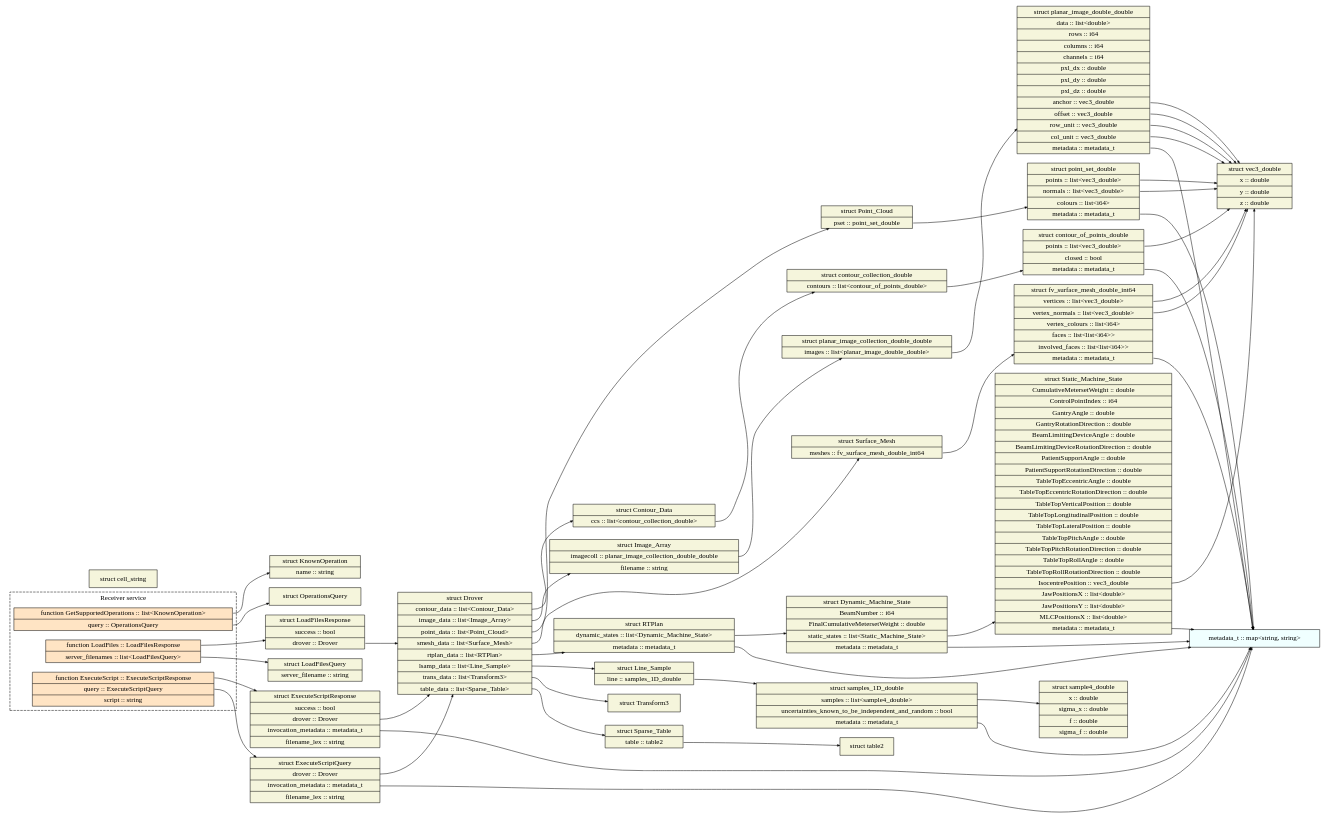
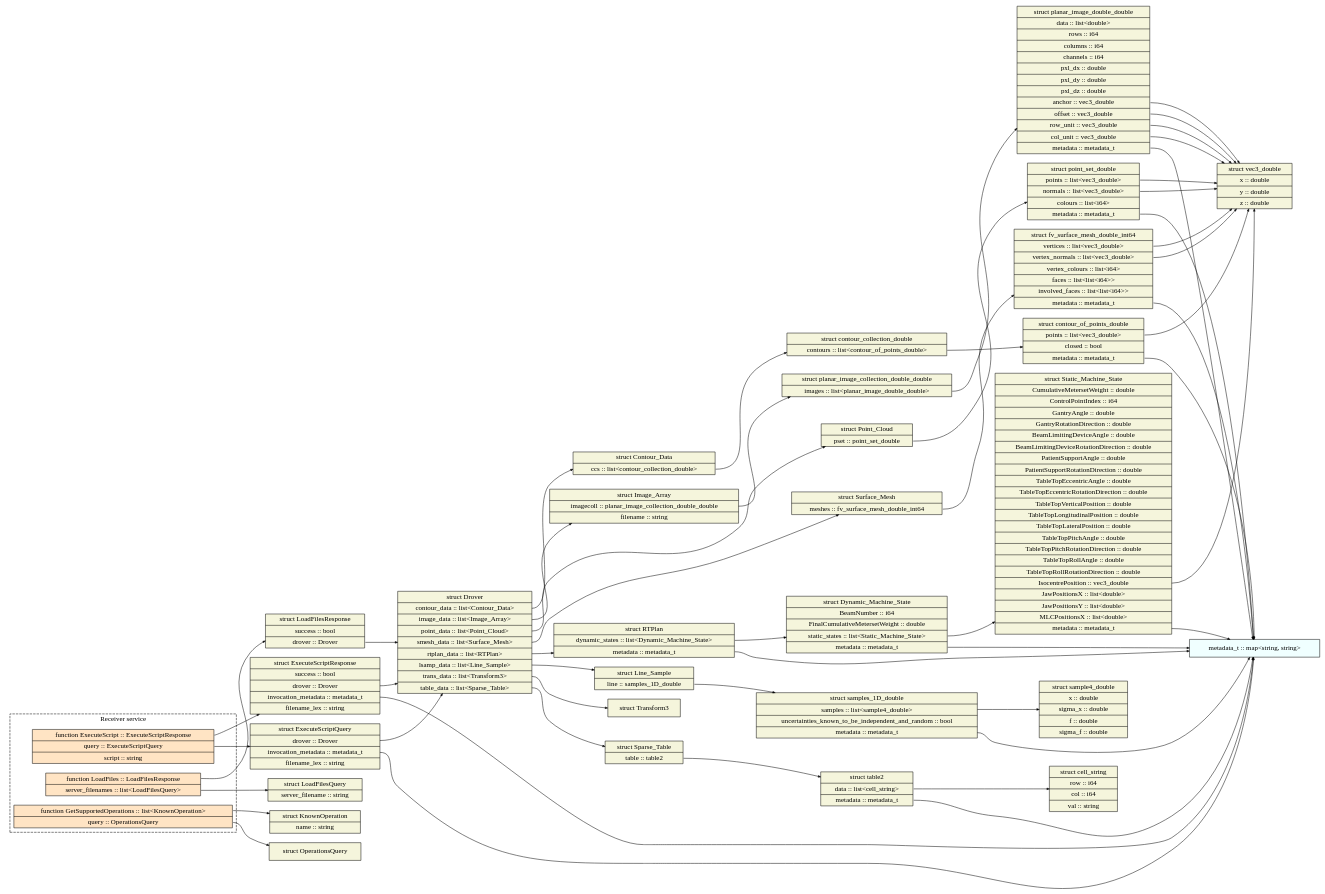
The diagram in src/rpc/gen-gv/DCMA.gv (hdclark/DICOMautomaton), drawn with Graphviz before and after one commit. The commit also changed 14 other files, not shown here.

```diff
--- a/src/rpc/gen-gv/DCMA.gv
+++ b/src/rpc/gen-gv/DCMA.gv
@@ -1,119 +1,121 @@
 digraph "DCMA" {
 node [style=filled, shape=record];
 edge [arrowsize=0.5];
 rankdir=LR
 node [fillcolor=azure];
 metadata_t [label="metadata_t :: map\<string, string\>"];
 node [fillcolor=beige];
 vec3_double [label="struct vec3_double|<field_x>x :: double|<field_y>y :: double|<field_z>z :: double"];
 node [fillcolor=beige];
 contour_of_points_double [label="struct contour_of_points_double|<field_points>points :: list\<vec3_double\>|<field_closed>closed :: bool|<field_metadata>metadata :: metadata_t"];
 node [fillcolor=beige];
 contour_collection_double [label="struct contour_collection_double|<field_contours>contours :: list\<contour_of_points_double\>"];
 node [fillcolor=beige];
 point_set_double [label="struct point_set_double|<field_points>points :: list\<vec3_double\>|<field_normals>normals :: list\<vec3_double\>|<field_colours>colours :: list\<i64\>|<field_metadata>metadata :: metadata_t"];
 node [fillcolor=beige];
 sample4_double [label="struct sample4_double|<field_x>x :: double|<field_sigma_x>sigma_x :: double|<field_f>f :: double|<field_sigma_f>sigma_f :: double"];
 node [fillcolor=beige];
 samples_1D_double [label="struct samples_1D_double|<field_samples>samples :: list\<sample4_double\>|<field_uncertainties_known_to_be_independent_and_random>uncertainties_known_to_be_independent_and_random :: bool|<field_metadata>metadata :: metadata_t"];
 node [fillcolor=beige];
 fv_surface_mesh_double_int64 [label="struct fv_surface_mesh_double_int64|<field_vertices>vertices :: list\<vec3_double\>|<field_vertex_normals>vertex_normals :: list\<vec3_double\>|<field_vertex_colours>vertex_colours :: list\<i64\>|<field_faces>faces :: list\<list\<i64\>\>|<field_involved_faces>involved_faces :: list\<list\<i64\>\>|<field_metadata>metadata :: metadata_t"];
 node [fillcolor=beige];
 planar_image_double_double [label="struct planar_image_double_double|<field_data>data :: list\<double\>|<field_rows>rows :: i64|<field_columns>columns :: i64|<field_channels>channels :: i64|<field_pxl_dx>pxl_dx :: double|<field_pxl_dy>pxl_dy :: double|<field_pxl_dz>pxl_dz :: double|<field_anchor>anchor :: vec3_double|<field_offset>offset :: vec3_double|<field_row_unit>row_unit :: vec3_double|<field_col_unit>col_unit :: vec3_double|<field_metadata>metadata :: metadata_t"];
 node [fillcolor=beige];
 planar_image_collection_double_double [label="struct planar_image_collection_double_double|<field_images>images :: list\<planar_image_double_double\>"];
 node [fillcolor=beige];
-cell_string [label="struct cell_string"];
+cell_string [label="struct cell_string|<field_row>row :: i64|<field_col>col :: i64|<field_val>val :: string"];
 node [fillcolor=beige];
-table2 [label="struct table2"];
+table2 [label="struct table2|<field_data>data :: list\<cell_string\>|<field_metadata>metadata :: metadata_t"];
 node [fillcolor=beige];
 Contour_Data [label="struct Contour_Data|<field_ccs>ccs :: list\<contour_collection_double\>"];
 node [fillcolor=beige];
 Image_Array [label="struct Image_Array|<field_imagecoll>imagecoll :: planar_image_collection_double_double|<field_filename>filename :: string"];
 node [fillcolor=beige];
 Point_Cloud [label="struct Point_Cloud|<field_pset>pset :: point_set_double"];
 node [fillcolor=beige];
 Surface_Mesh [label="struct Surface_Mesh|<field_meshes>meshes :: fv_surface_mesh_double_int64"];
 node [fillcolor=beige];
 Static_Machine_State [label="struct Static_Machine_State|<field_CumulativeMetersetWeight>CumulativeMetersetWeight :: double|<field_ControlPointIndex>ControlPointIndex :: i64|<field_GantryAngle>GantryAngle :: double|<field_GantryRotationDirection>GantryRotationDirection :: double|<field_BeamLimitingDeviceAngle>BeamLimitingDeviceAngle :: double|<field_BeamLimitingDeviceRotationDirection>BeamLimitingDeviceRotationDirection :: double|<field_PatientSupportAngle>PatientSupportAngle :: double|<field_PatientSupportRotationDirection>PatientSupportRotationDirection :: double|<field_TableTopEccentricAngle>TableTopEccentricAngle :: double|<field_TableTopEccentricRotationDirection>TableTopEccentricRotationDirection :: double|<field_TableTopVerticalPosition>TableTopVerticalPosition :: double|<field_TableTopLongitudinalPosition>TableTopLongitudinalPosition :: double|<field_TableTopLateralPosition>TableTopLateralPosition :: double|<field_TableTopPitchAngle>TableTopPitchAngle :: double|<field_TableTopPitchRotationDirection>TableTopPitchRotationDirection :: double|<field_TableTopRollAngle>TableTopRollAngle :: double|<field_TableTopRollRotationDirection>TableTopRollRotationDirection :: double|<field_IsocentrePosition>IsocentrePosition :: vec3_double|<field_JawPositionsX>JawPositionsX :: list\<double\>|<field_JawPositionsY>JawPositionsY :: list\<double\>|<field_MLCPositionsX>MLCPositionsX :: list\<double\>|<field_metadata>metadata :: metadata_t"];
 node [fillcolor=beige];
 Dynamic_Machine_State [label="struct Dynamic_Machine_State|<field_BeamNumber>BeamNumber :: i64|<field_FinalCumulativeMetersetWeight>FinalCumulativeMetersetWeight :: double|<field_static_states>static_states :: list\<Static_Machine_State\>|<field_metadata>metadata :: metadata_t"];
 node [fillcolor=beige];
 RTPlan [label="struct RTPlan|<field_dynamic_states>dynamic_states :: list\<Dynamic_Machine_State\>|<field_metadata>metadata :: metadata_t"];
 node [fillcolor=beige];
 Line_Sample [label="struct Line_Sample|<field_line>line :: samples_1D_double"];
 node [fillcolor=beige];
 Transform3 [label="struct Transform3"];
 node [fillcolor=beige];
 Sparse_Table [label="struct Sparse_Table|<field_table>table :: table2"];
 node [fillcolor=beige];
 Drover [label="struct Drover|<field_contour_data>contour_data :: list\<Contour_Data\>|<field_image_data>image_data :: list\<Image_Array\>|<field_point_data>point_data :: list\<Point_Cloud\>|<field_smesh_data>smesh_data :: list\<Surface_Mesh\>|<field_rtplan_data>rtplan_data :: list\<RTPlan\>|<field_lsamp_data>lsamp_data :: list\<Line_Sample\>|<field_trans_data>trans_data :: list\<Transform3\>|<field_table_data>table_data :: list\<Sparse_Table\>"];
 node [fillcolor=beige];
 OperationsQuery [label="struct OperationsQuery"];
 node [fillcolor=beige];
 KnownOperation [label="struct KnownOperation|<field_name>name :: string"];
 node [fillcolor=beige];
 LoadFilesQuery [label="struct LoadFilesQuery|<field_server_filename>server_filename :: string"];
 node [fillcolor=beige];
 LoadFilesResponse [label="struct LoadFilesResponse|<field_success>success :: bool|<field_drover>drover :: Drover"];
 node [fillcolor=beige];
 ExecuteScriptQuery [label="struct ExecuteScriptQuery|<field_drover>drover :: Drover|<field_invocation_metadata>invocation_metadata :: metadata_t|<field_filename_lex>filename_lex :: string"];
 node [fillcolor=beige];
 ExecuteScriptResponse [label="struct ExecuteScriptResponse|<field_success>success :: bool|<field_drover>drover :: Drover|<field_invocation_metadata>invocation_metadata :: metadata_t|<field_filename_lex>filename_lex :: string"];
 subgraph cluster_Receiver {
 node [fillcolor=bisque];
 style=dashed;
 label = "Receiver service";
 function_ReceiverGetSupportedOperations[label="<return_type>function GetSupportedOperations :: list\<KnownOperation\>|<param_query>query :: OperationsQuery"];
 function_ReceiverLoadFiles[label="<return_type>function LoadFiles :: LoadFilesResponse|<param_server_filenames>server_filenames :: list\<LoadFilesQuery\>"];
 function_ReceiverExecuteScript[label="<return_type>function ExecuteScript :: ExecuteScriptResponse|<param_query>query :: ExecuteScriptQuery|<param_script>script :: string"];
  }
 contour_of_points_double:field_points -> vec3_double
 contour_of_points_double:field_metadata -> metadata_t
 contour_collection_double:field_contours -> contour_of_points_double
 point_set_double:field_points -> vec3_double
 point_set_double:field_normals -> vec3_double
 point_set_double:field_metadata -> metadata_t
 samples_1D_double:field_samples -> sample4_double
 samples_1D_double:field_metadata -> metadata_t
 fv_surface_mesh_double_int64:field_vertices -> vec3_double
 fv_surface_mesh_double_int64:field_vertex_normals -> vec3_double
 fv_surface_mesh_double_int64:field_metadata -> metadata_t
 planar_image_double_double:field_anchor -> vec3_double
 planar_image_double_double:field_offset -> vec3_double
 planar_image_double_double:field_row_unit -> vec3_double
 planar_image_double_double:field_col_unit -> vec3_double
 planar_image_double_double:field_metadata -> metadata_t
 planar_image_collection_double_double:field_images -> planar_image_double_double
+table2:field_data -> cell_string
+table2:field_metadata -> metadata_t
 Contour_Data:field_ccs -> contour_collection_double
 Image_Array:field_imagecoll -> planar_image_collection_double_double
 Point_Cloud:field_pset -> point_set_double
 Surface_Mesh:field_meshes -> fv_surface_mesh_double_int64
 Static_Machine_State:field_IsocentrePosition -> vec3_double
 Static_Machine_State:field_metadata -> metadata_t
 Dynamic_Machine_State:field_static_states -> Static_Machine_State
 Dynamic_Machine_State:field_metadata -> metadata_t
 RTPlan:field_dynamic_states -> Dynamic_Machine_State
 RTPlan:field_metadata -> metadata_t
 Line_Sample:field_line -> samples_1D_double
 Sparse_Table:field_table -> table2
 Drover:field_contour_data -> Contour_Data
 Drover:field_image_data -> Image_Array
 Drover:field_point_data -> Point_Cloud
 Drover:field_smesh_data -> Surface_Mesh
 Drover:field_rtplan_data -> RTPlan
 Drover:field_lsamp_data -> Line_Sample
 Drover:field_trans_data -> Transform3
 Drover:field_table_data -> Sparse_Table
 LoadFilesResponse:field_drover -> Drover
 ExecuteScriptQuery:field_drover -> Drover
 ExecuteScriptQuery:field_invocation_metadata -> metadata_t
 ExecuteScriptResponse:field_drover -> Drover
 ExecuteScriptResponse:field_invocation_metadata -> metadata_t
 function_ReceiverGetSupportedOperations:return_type -> KnownOperation
 function_ReceiverGetSupportedOperations:param_query -> OperationsQuery
 function_ReceiverLoadFiles:return_type -> LoadFilesResponse
 function_ReceiverLoadFiles:param_server_filenames -> LoadFilesQuery
 function_ReceiverExecuteScript:return_type -> ExecuteScriptResponse
 function_ReceiverExecuteScript:param_query -> ExecuteScriptQuery
 }
```
